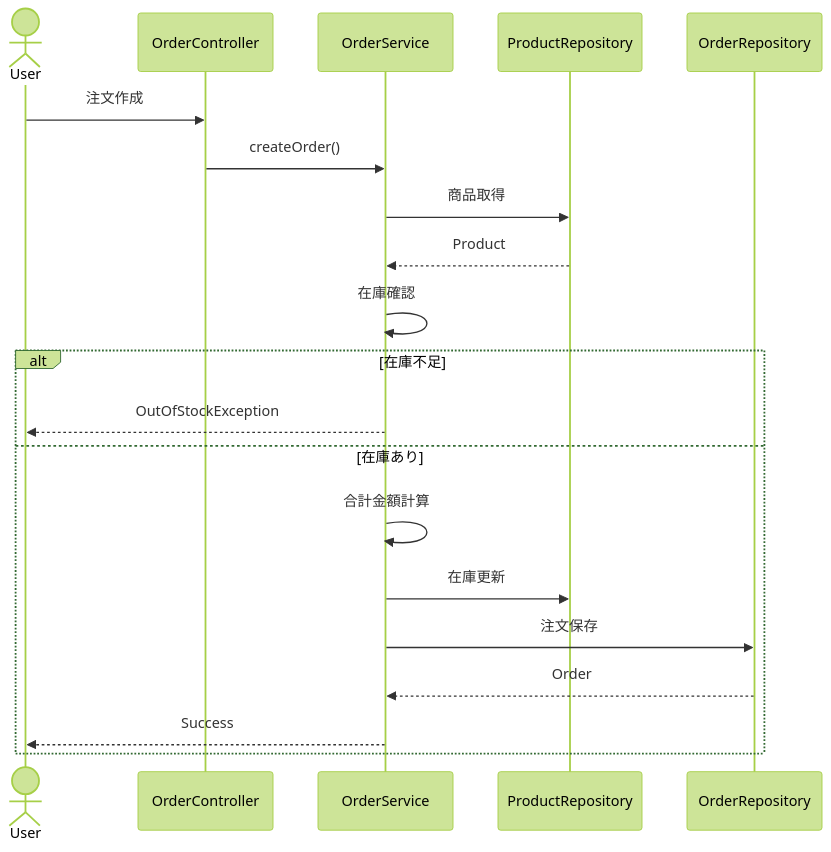
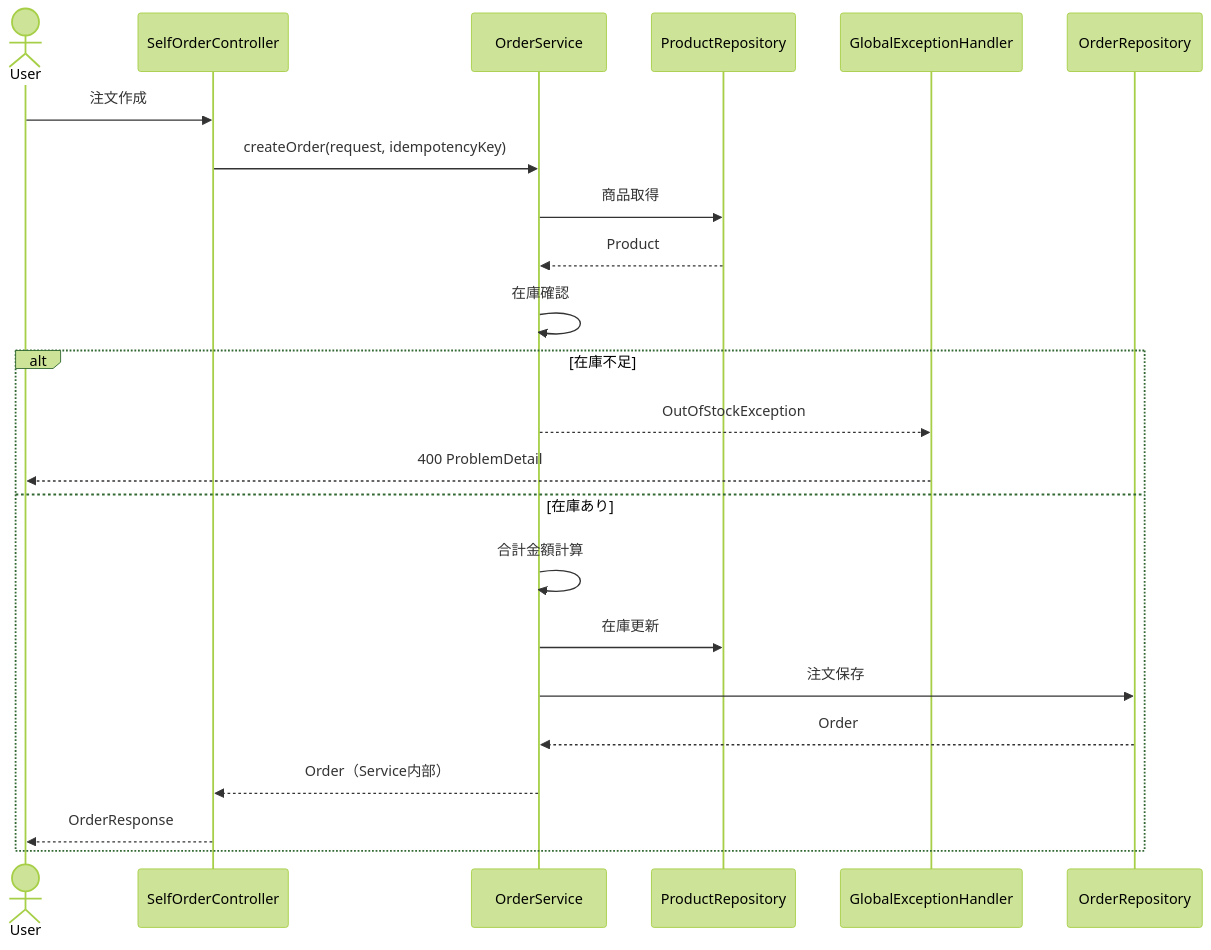
Before and after one commit to utl-flaxy/inventory-management-system: the second of 3 diagrams in README.md, drawn with Mermaid (forest theme). The commit also changed other lines of this file, not shown here.

````diff
--- a/README.md
+++ b/README.md
@@ -998,33 +1003,37 @@
 ```mermaid
 sequenceDiagram
 
 actor User
 
-User->>OrderController: 注文作成
+User->>SelfOrderController: 注文作成
 
-OrderController->>OrderService: createOrder()
+SelfOrderController->>OrderService: createOrder(request, idempotencyKey)
 
 OrderService->>ProductRepository: 商品取得
 
 ProductRepository-->>OrderService: Product
 
 OrderService->>OrderService: 在庫確認
 
 alt 在庫不足
 
-OrderService-->>User: OutOfStockException
+OrderService-->>GlobalExceptionHandler: OutOfStockException
+
+GlobalExceptionHandler-->>User: 400 ProblemDetail
 
 else 在庫あり
 
 OrderService->>OrderService: 合計金額計算
 
 OrderService->>ProductRepository: 在庫更新
 
 OrderService->>OrderRepository: 注文保存
 
 OrderRepository-->>OrderService: Order
 
-OrderService-->>User: Success
+OrderService-->>SelfOrderController: Order（Service内部）
+
+SelfOrderController-->>User: OrderResponse
 
 end
 ```
````
